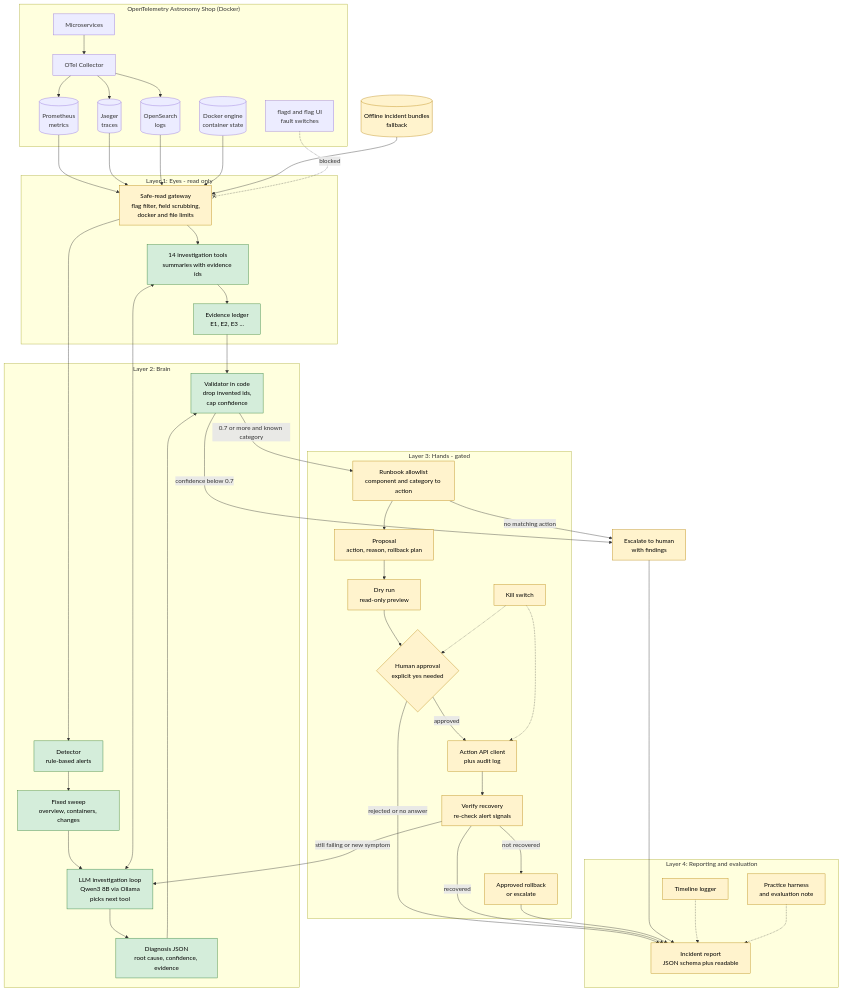
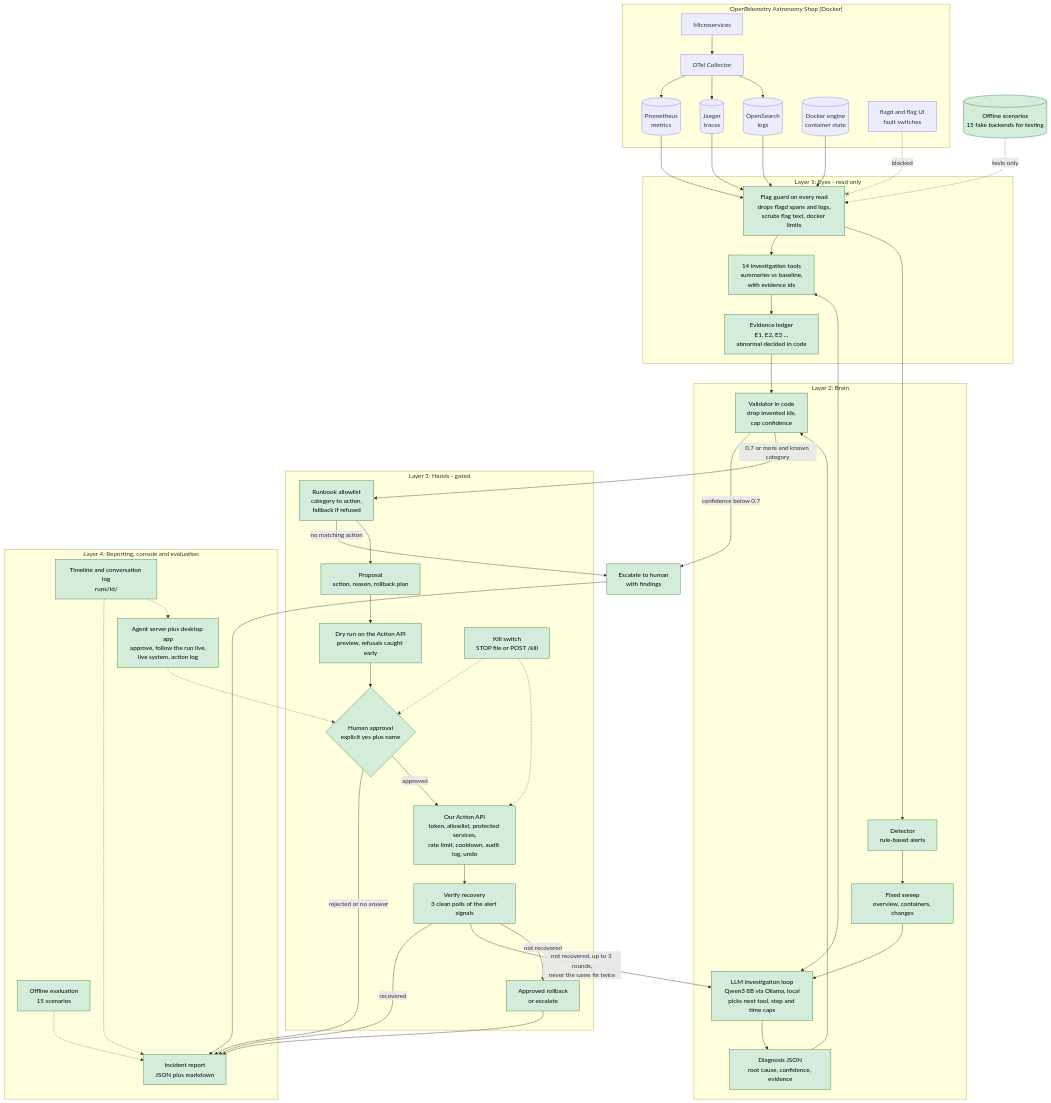
The diagram in docs/architecture.md (sumit-s-nair/bosch-team1), drawn with Mermaid before and after one commit. The commit also changed other lines of this file and 1 other file, not shown here.

Commit message:
Update architecture docs to match the built system

````diff
--- a/docs/architecture.md
+++ b/docs/architecture.md
@@ -4,81 +4,82 @@
 ```mermaid
 flowchart TD
     subgraph DEMO["OpenTelemetry Astronomy Shop (Docker)"]
         SVC[Microservices] --> COL[OTel Collector]
         COL --> PROM[(Prometheus<br/>metrics)]
         COL --> JAE[(Jaeger<br/>traces)]
         COL --> OS[(OpenSearch<br/>logs)]
         DOCK[(Docker engine<br/>container state)]
         FLAG[flagd and flag UI<br/>fault switches]
     end
 
-    OFF[(Offline incident bundles<br/>fallback)]
+    OFF[(Offline scenarios<br/>15 fake backends for testing)]
 
     subgraph EYES["Layer 1: Eyes - read only"]
-        GW["Safe-read gateway<br/>flag filter, field scrubbing,<br/>docker and file limits"]
-        TOOLS["14 investigation tools<br/>summaries with evidence ids"]
-        LEDGER[Evidence ledger<br/>E1, E2, E3 ...]
+        GW["Flag guard on every read<br/>drops flagd spans and logs,<br/>scrubs flag text, docker limits"]
+        TOOLS["14 investigation tools<br/>summaries vs baseline,<br/>with evidence ids"]
+        LEDGER[Evidence ledger<br/>E1, E2, E3 ...<br/>abnormal decided in code]
     end
 
     subgraph BRAIN["Layer 2: Brain"]
         DET[Detector<br/>rule-based alerts] --> SWEEP[Fixed sweep<br/>overview, containers, changes]
-        SWEEP --> LOOP[LLM investigation loop<br/>Qwen3 8B via Ollama<br/>picks next tool]
+        SWEEP --> LOOP[LLM investigation loop<br/>Qwen3 8B via Ollama, local<br/>picks next tool, step and time caps]
         LOOP --> DIAG[Diagnosis JSON<br/>root cause, confidence, evidence]
         DIAG --> VAL["Validator in code<br/>drop invented ids,<br/>cap confidence"]
     end
 
     subgraph HANDS["Layer 3: Hands - gated"]
-        ALLOW[Runbook allowlist<br/>component and category to action]
+        ALLOW[Runbook allowlist<br/>category to action,<br/>fallback if refused]
         PROP[Proposal<br/>action, reason, rollback plan]
-        DRY[Dry run<br/>read-only preview]
-        APPROVE{Human approval<br/>explicit yes needed}
-        KILL[Kill switch]
-        ACT[Action API client<br/>plus audit log]
-        VERIFY[Verify recovery<br/>re-check alert signals]
+        DRY[Dry run on the Action API<br/>preview, refusals caught early]
+        APPROVE{Human approval<br/>explicit yes plus name}
+        KILL[Kill switch<br/>STOP file or POST /kill]
+        ACT["Our Action API<br/>token, allowlist, protected services,<br/>rate limit, cooldown, audit log, undo"]
+        VERIFY[Verify recovery<br/>3 clean polls of the alert signals]
         RB[Approved rollback<br/>or escalate]
     end
 
     ESC[Escalate to human<br/>with findings]
 
-    subgraph OUT["Layer 4: Reporting and evaluation"]
-        REP[Incident report<br/>JSON schema plus readable]
-        TL[Timeline logger]
-        HAR[Practice harness<br/>and evaluation note]
+    subgraph OUT["Layer 4: Reporting, console and evaluation"]
+        REP[Incident report<br/>JSON plus markdown]
+        TL[Timeline and conversation log<br/>runs/id/]
+        UI[Agent server plus desktop app<br/>approve, follow the run live,<br/>live system, action log]
+        HAR[Offline evaluation<br/>15 scenarios]
     end
 
     PROM --> GW
     JAE --> GW
     OS --> GW
     DOCK --> GW
-    OFF --> GW
+    OFF -. tests only .-> GW
     FLAG -. blocked .-x GW
 
     GW --> TOOLS
     GW --> DET
     TOOLS --> LEDGER
     LOOP <--> TOOLS
     LEDGER --> VAL
 
     VAL -->|confidence below 0.7| ESC
     VAL -->|0.7 or more and known category| ALLOW
     ALLOW -->|no matching action| ESC
     ALLOW --> PROP --> DRY --> APPROVE
     APPROVE -->|rejected or no answer| REP
     APPROVE -->|approved| ACT
     ACT --> VERIFY
     VERIFY -->|recovered| REP
-    VERIFY -->|still failing or new symptom| LOOP
+    VERIFY -->|not recovered, up to 3 rounds,<br/>never the same fix twice| LOOP
     VERIFY -->|not recovered| RB
     RB --> REP
     ESC --> REP
 
     KILL -.-> APPROVE
     KILL -.-> ACT
     TL -.-> REP
+    UI -.-> APPROVE
+    TL -.-> UI
     HAR -.-> REP
 
     classDef built fill:#d4edda,stroke:#2e7d32,color:#000
-    classDef todo fill:#fff3cd,stroke:#b8860b,color:#000
-    class TOOLS,LEDGER,DET,SWEEP,LOOP,DIAG,VAL built
-    class GW,OFF,ALLOW,PROP,DRY,APPROVE,KILL,ACT,VERIFY,RB,ESC,REP,TL,HAR todo
+    class GW,TOOLS,LEDGER,DET,SWEEP,LOOP,DIAG,VAL,ALLOW,PROP,DRY,APPROVE,KILL,ACT,VERIFY,RB,ESC,REP,TL,UI,HAR,OFF built
 ```
````
